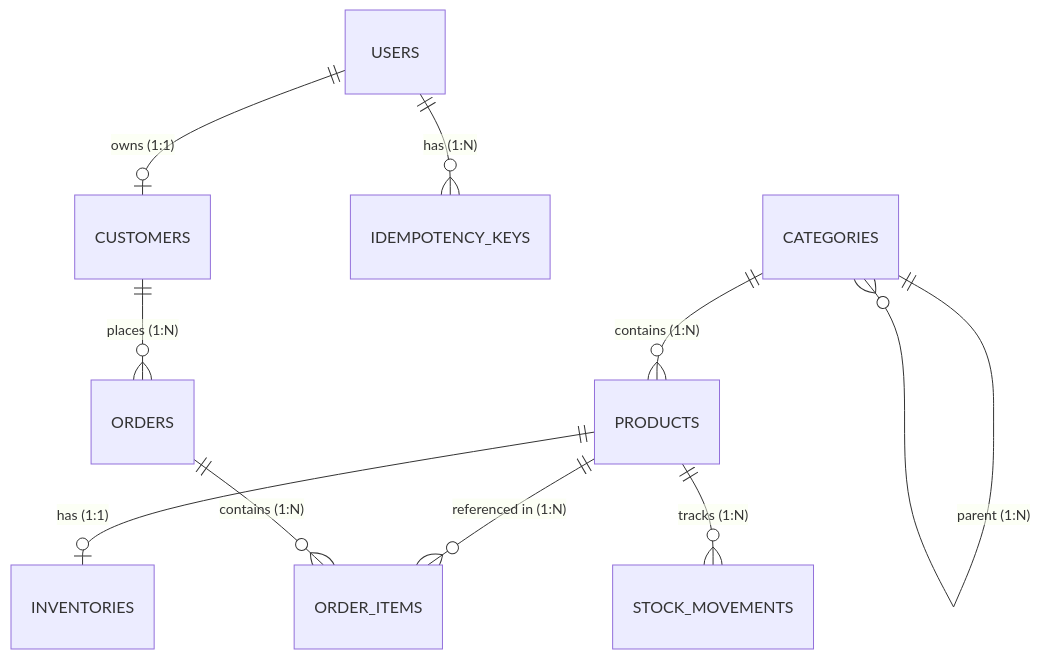
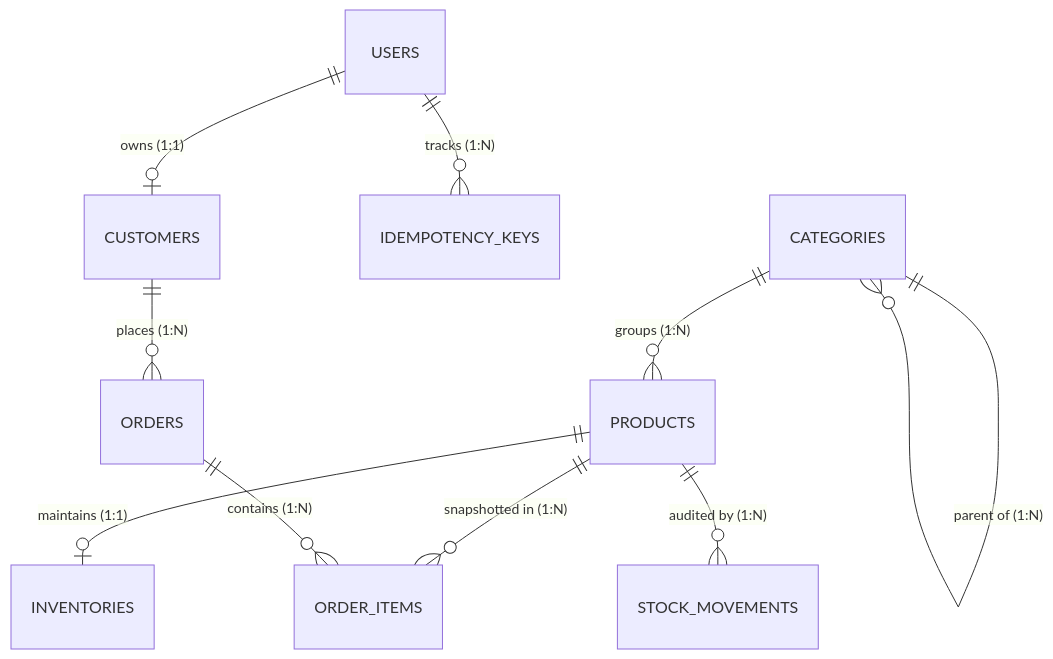
One commit to mahmudul007/order-inventory-api changed the second of 2 diagrams in README.md. Above: the diagram before and after it, drawn with Mermaid. The commit also changed other lines of this file and 24 other files, not shown here.

````diff
--- a/README.md
+++ b/README.md
@@ -99,12 +145,12 @@
 ```mermaid
 erDiagram
     USERS ||--o| CUSTOMERS : "owns (1:1)"
-    USERS ||--o{ IDEMPOTENCY_KEYS : "has (1:N)"
-    CATEGORIES ||--o{ CATEGORIES : "parent (1:N)"
-    CATEGORIES ||--o{ PRODUCTS : "contains (1:N)"
-    PRODUCTS ||--o| INVENTORIES : "has (1:1)"
-    PRODUCTS ||--o{ STOCK_MOVEMENTS : "tracks (1:N)"
-    PRODUCTS ||--o{ ORDER_ITEMS : "referenced in (1:N)"
+    USERS ||--o{ IDEMPOTENCY_KEYS : "tracks (1:N)"
+    CATEGORIES ||--o{ CATEGORIES : "parent of (1:N)"
+    CATEGORIES ||--o{ PRODUCTS : "groups (1:N)"
+    PRODUCTS ||--o| INVENTORIES : "maintains (1:1)"
+    PRODUCTS ||--o{ STOCK_MOVEMENTS : "audited by (1:N)"
+    PRODUCTS ||--o{ ORDER_ITEMS : "snapshotted in (1:N)"
     CUSTOMERS ||--o{ ORDERS : "places (1:N)"
     ORDERS ||--o{ ORDER_ITEMS : "contains (1:N)"
 ```
````
